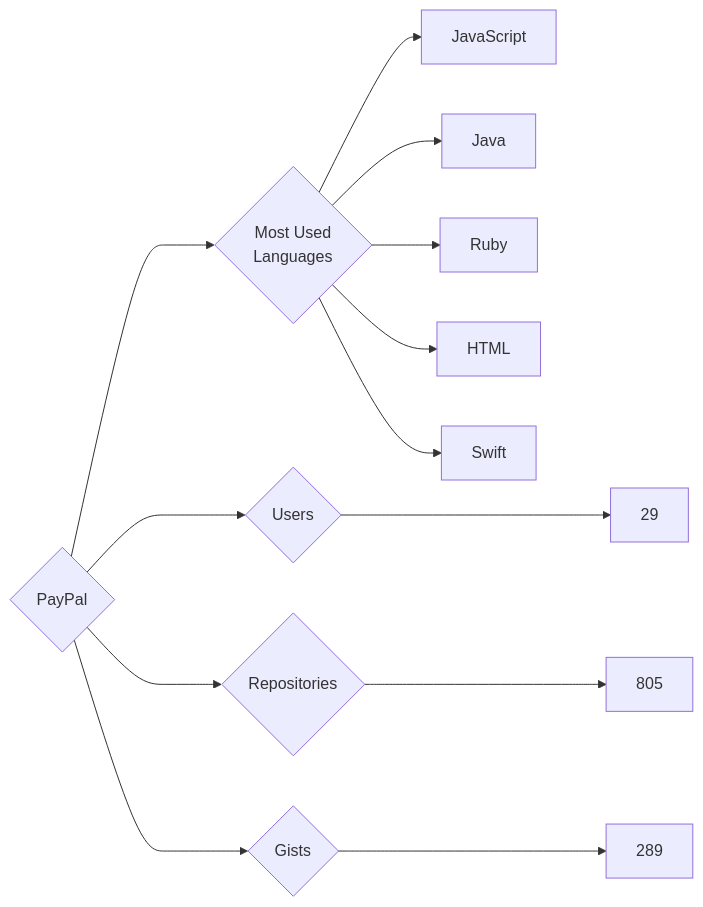
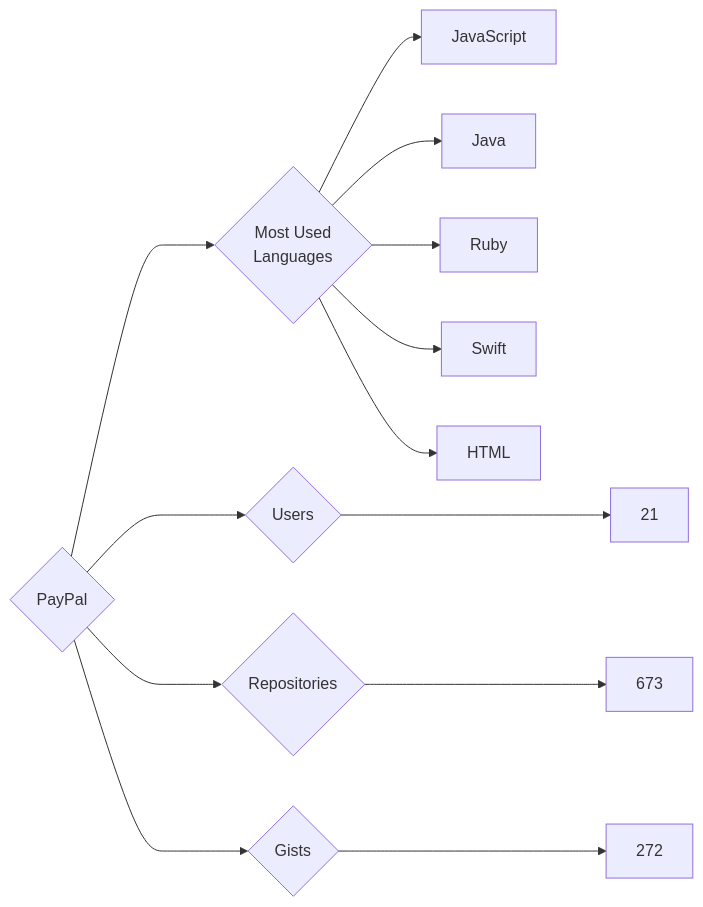
Before and after one commit to trickest/insiders: the diagram in targets/PayPal/README.md, drawn with Mermaid. The commit also changed 835 other files, not shown here.

````diff
--- a/targets/PayPal/README.md
+++ b/targets/PayPal/README.md
@@ -3,13 +3,13 @@
 ```mermaid
 graph LR
 COMPANY_NAME{PayPal}
-COMPANY_NAME ---> U{Users} ---> UN[29]
-COMPANY_NAME ---> R{Repositories} ---> RN[805]
-COMPANY_NAME ---> G{Gists} ---> GN[289]
+COMPANY_NAME ---> U{Users} ---> UN[21]
+COMPANY_NAME ---> R{Repositories} ---> RN[673]
+COMPANY_NAME ---> G{Gists} ---> GN[272]
 COMPANY_NAME ---> ML{Most Used<br>Languages}
 ML --> JavaScript[JavaScript]
 ML --> Java[Java]
 ML --> Ruby[Ruby]
+ML --> Swift[Swift]
 ML --> HTML[HTML]
-ML --> Swift[Swift]
 ```
````
